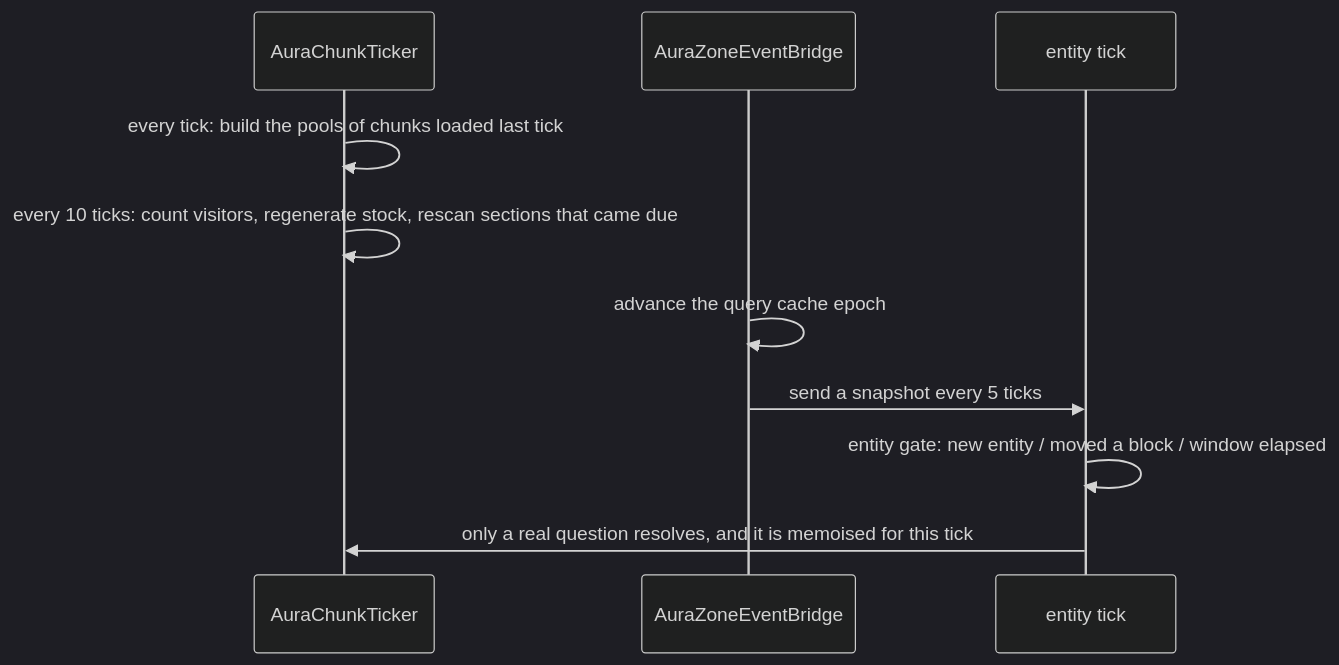
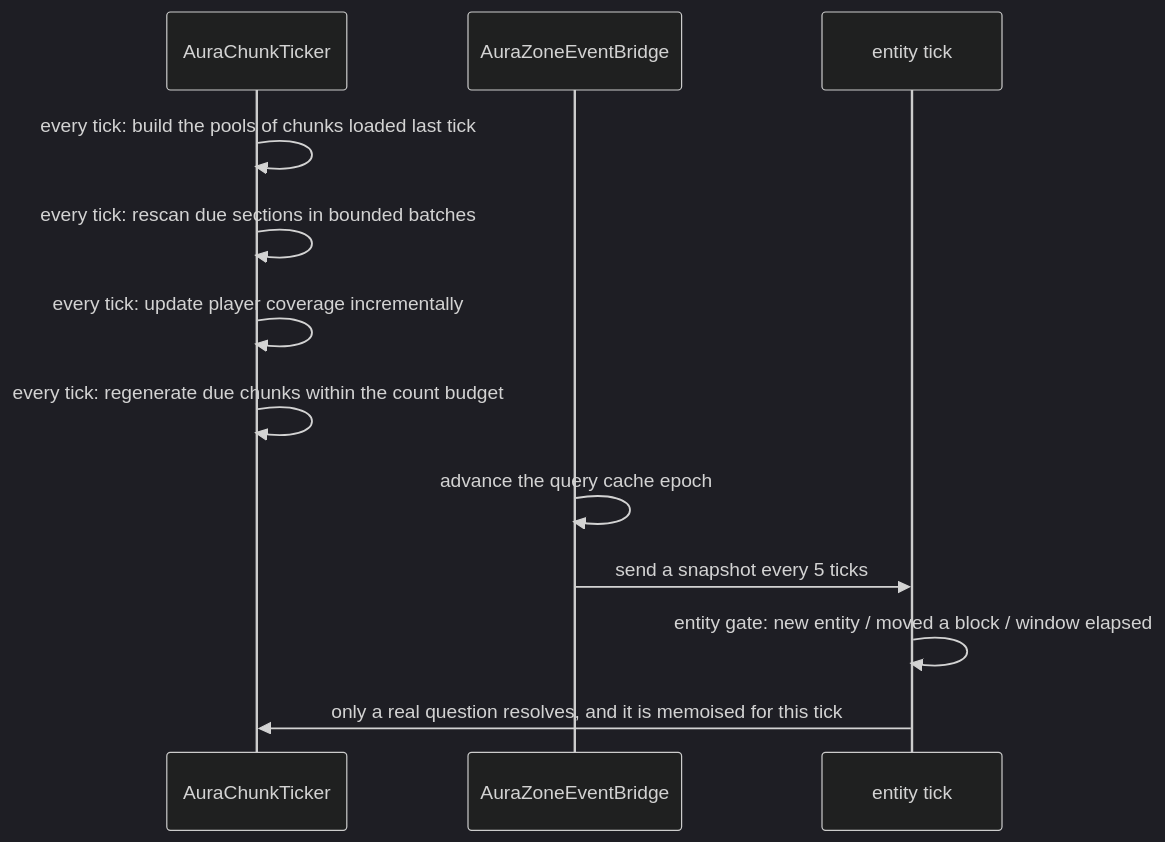
Before and after one commit to IAFEnvoy/mxt-docs: the third of 3 diagrams in docs/en/technical/aura.md, drawn with Mermaid (dark theme). The commit also changed other lines of this file and 70 other files, not shown here.

````diff
--- a/docs/en/technical/aura.md
+++ b/docs/en/technical/aura.md
@@ -192,12 +192,14 @@
 ```mermaid
 sequenceDiagram
     participant T as AuraChunkTicker
     participant B as AuraZoneEventBridge
     participant G as entity tick
     T->>T: every tick: build the pools of chunks loaded last tick
-    T->>T: every 10 ticks: count visitors, regenerate stock, rescan sections that came due
+    T->>T: every tick: rescan due sections in bounded batches
+    T->>T: every tick: update player coverage incrementally
+    T->>T: every tick: regenerate due chunks within the count budget
     B->>B: advance the query cache epoch
     B->>G: send a snapshot every 5 ticks
     G->>G: entity gate: new entity / moved a block / window elapsed
     G->>T: only a real question resolves, and it is memoised for this tick
 ```
````
